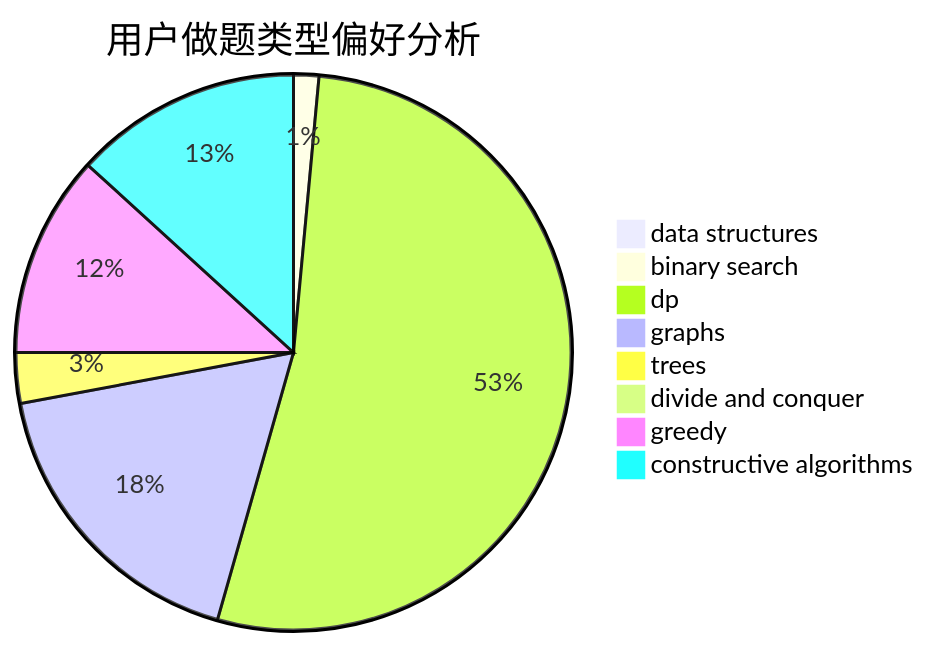
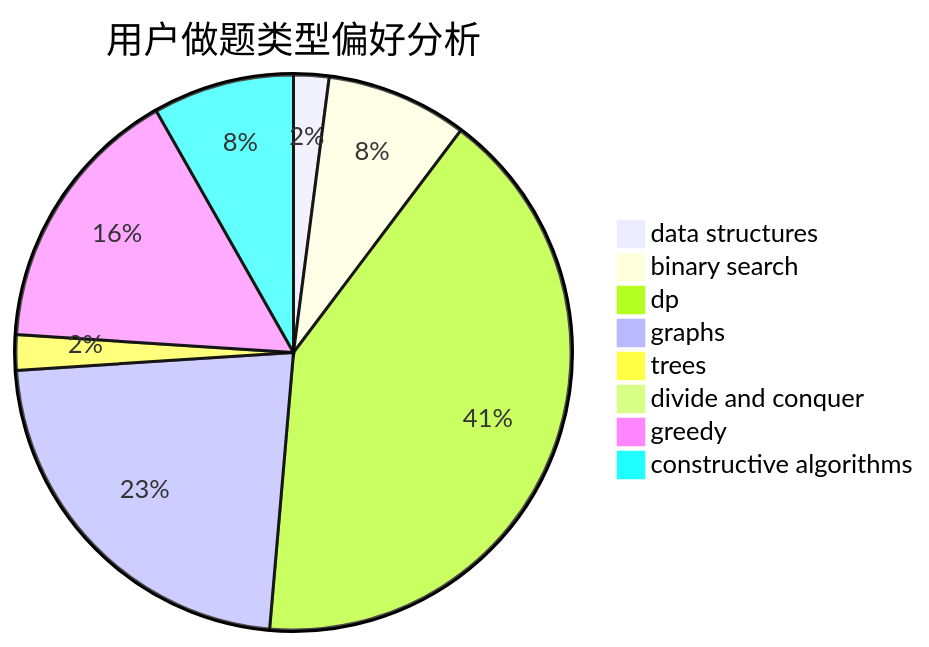
The second of 3 diagrams in docs/user/u80.md (sherpahu/cfrs.github.io), drawn with Mermaid before and after one commit. The commit also changed other lines of this file and 2770 other files, not shown here.

````diff
--- a/docs/user/u80.md
+++ b/docs/user/u80.md
@@ -23,11 +23,11 @@
 ```mermaid
 pie title 用户做题类型偏好分析
-    "data structures" :  0
-    "binary search" :  1
-    "dp" :  36
-    "graphs" :  12
-    "trees" :  2
+    "data structures" :  3
+    "binary search" :  12
+    "dp" :  60
+    "graphs" :  33
+    "trees" :  3
     "divide and conquer" :  0
-    "greedy" :  8
-    "constructive algorithms" :  9
+    "greedy" :  23
+    "constructive algorithms" :  12
 ```
````
